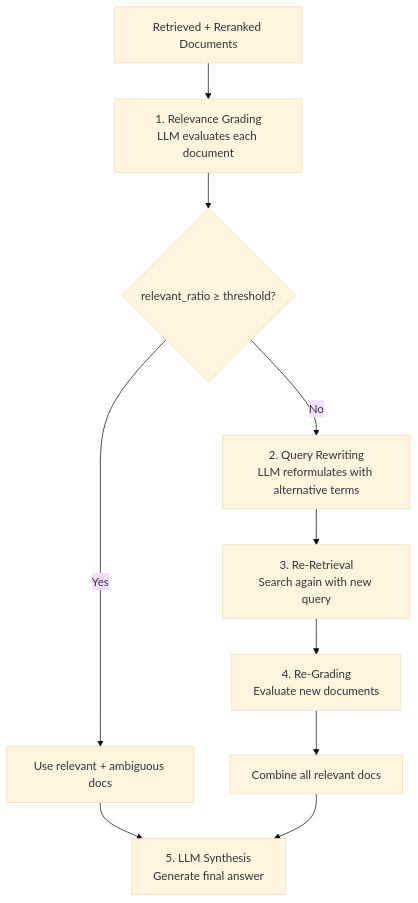
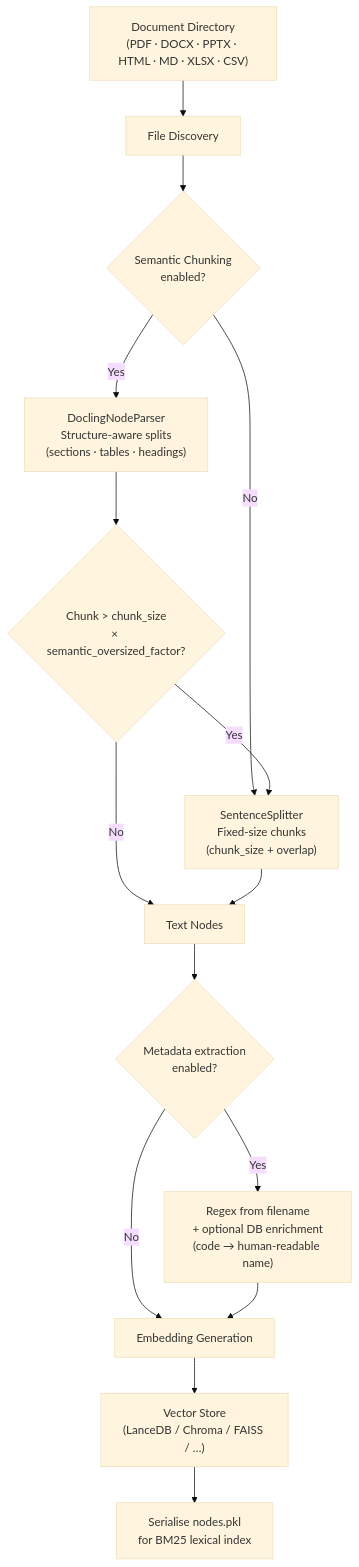
The sixth of 6 diagrams in README.md (danvazsan2/local-agentic-rag-framework), drawn with Mermaid (base theme) before and after one commit. The commit also changed other lines of this file and 30 other files, not shown here.

````diff
--- a/README.md
+++ b/README.md
@@ -450,12 +465,17 @@
 ```mermaid
 flowchart TD
-    A["Retrieved + Reranked Documents"] --> B["1. Relevance Grading\nLLM evaluates each document"]
-    B --> C{"relevant_ratio ≥ threshold?"}
-    C -->|Yes| D["Use relevant + ambiguous docs"]
-    C -->|No| E["2. Query Rewriting\nLLM reformulates with alternative terms"]
-    E --> F["3. Re-Retrieval\nSearch again with new query"]
-    F --> G["4. Re-Grading\nEvaluate new documents"]
-    G --> H["Combine all relevant docs"]
-    D --> I["5. LLM Synthesis\nGenerate final answer"]
-    H --> I
+    A["Document Directory\n(PDF · DOCX · PPTX · HTML · MD · XLSX · CSV)"] --> B["File Discovery"]
+    B --> C{"Semantic Chunking\nenabled?"}
+    C -->|Yes| D["DoclingNodeParser\nStructure-aware splits\n(sections · tables · headings)"]
+    C -->|No| E["SentenceSplitter\nFixed-size chunks\n(chunk_size + overlap)"]
+    D --> F{"Chunk > chunk_size\n× semantic_oversized_factor?"}
+    F -->|Yes| E
+    F -->|No| G["Text Nodes"]
+    E --> G
+    G --> H{"Metadata extraction\nenabled?"}
+    H -->|Yes| I["Regex from filename\n+ optional DB enrichment\n(code → human-readable name)"]
+    H -->|No| J["Embedding Generation"]
+    I --> J
+    J --> K["Vector Store\n(LanceDB / Chroma / FAISS / …)"]
+    K --> L["Serialise nodes.pkl\nfor BM25 lexical index"]
 ```
````
